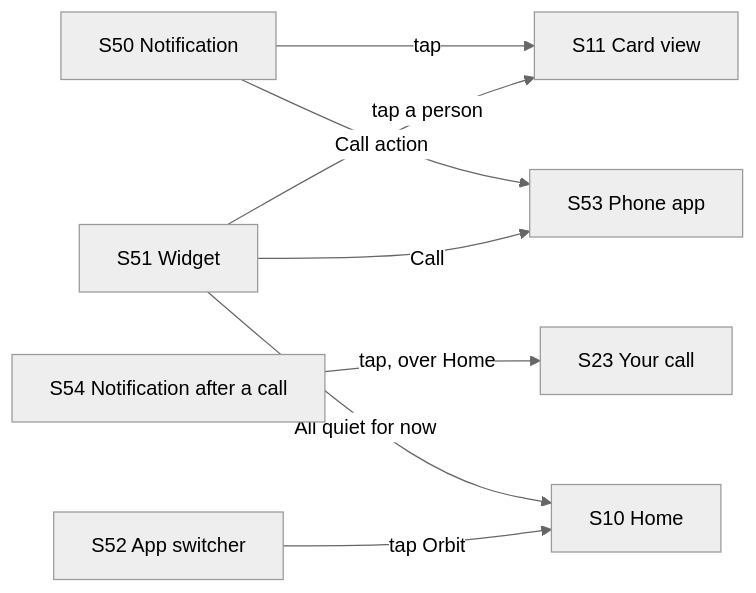
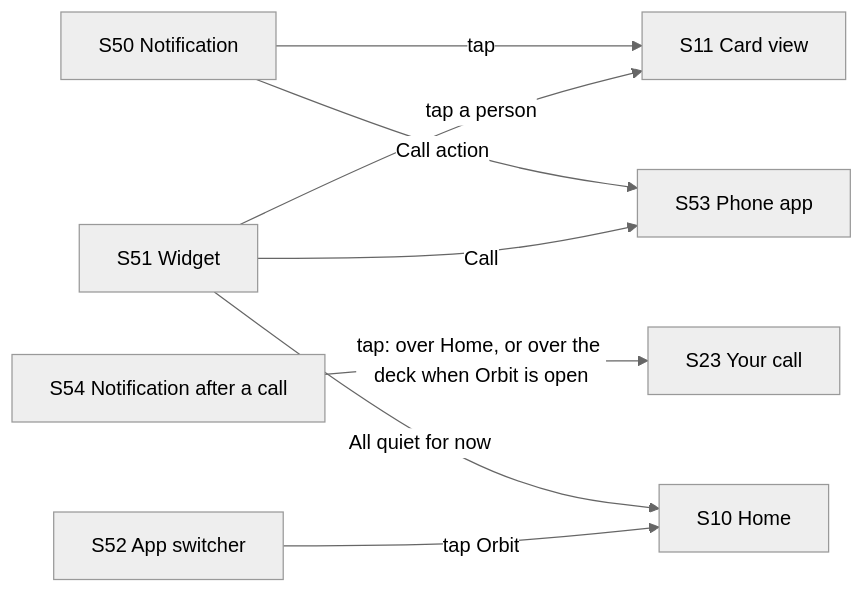
Before and after one commit to frosty110/friends-in-orbit: the third of 3 diagrams in vision/flows/flows.md, drawn with Mermaid (neutral theme). The commit also changed other lines of this file and 1 other file, not shown here.

````diff
--- a/vision/flows/flows.md
+++ b/vision/flows/flows.md
@@ -187,10 +205,10 @@
 ```mermaid
 flowchart LR
   S50[S50 Notification] -->|tap| S11[S11 Card view]
   S50 -->|Call action| S53[S53 Phone app]
-  S54[S54 Notification after a call] -->|tap, over Home| S23[S23 Your call]
+  S54[S54 Notification after a call] -->|tap: over Home, or over the deck when Orbit is open| S23[S23 Your call]
   S51[S51 Widget] -->|Call| S53
   S51 -->|tap a person| S11
   S51 -->|All quiet for now| S10[S10 Home]
   S52[S52 App switcher] -->|tap Orbit| S10
 ```
````
